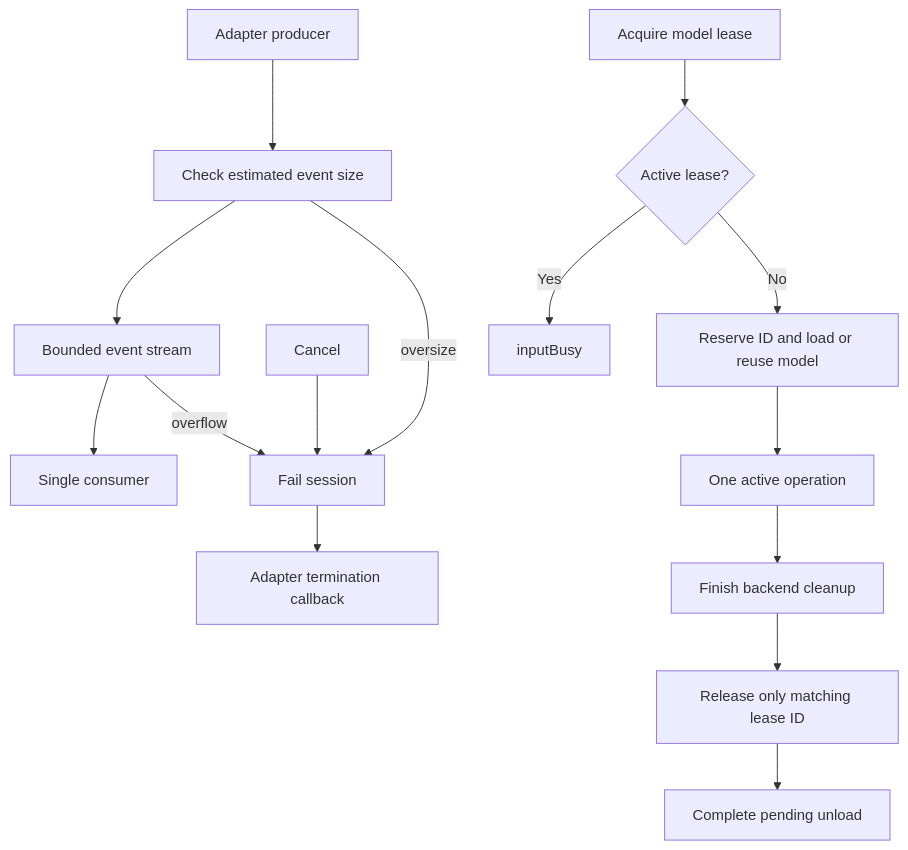
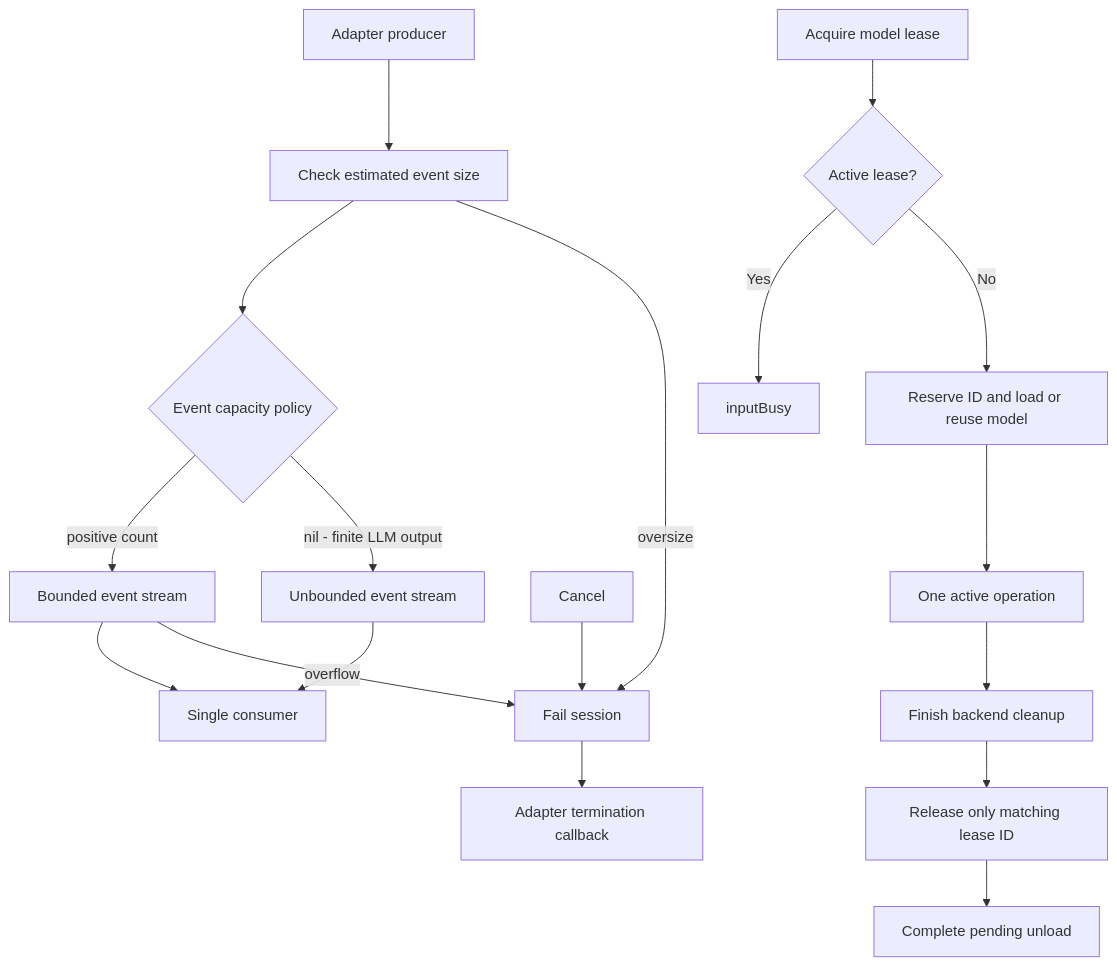
The diagram in MobileHarness/ModelKit/Core/README.md (devilyouwei/MobileHarness), drawn with Mermaid before and after one commit. The commit also changed other lines of this file and 109 other files, not shown here.

````diff
--- a/MobileHarness/ModelKit/Core/README.md
+++ b/MobileHarness/ModelKit/Core/README.md
@@ -18,17 +18,20 @@
 ```mermaid
 flowchart TD
     Producer[Adapter producer] --> Check[Check estimated event size]
-    Check --> Buffer[Bounded event stream]
+    Check --> Policy{Event capacity policy}
+    Policy -->|positive count| Buffer[Bounded event stream]
+    Policy -->|nil - finite LLM output| Chat[Unbounded event stream]
+    Chat --> Consumer
     Buffer --> Consumer[Single consumer]
     Check -->|oversize| Fail[Fail session]
     Buffer -->|overflow| Fail
     Cancel[Cancel] --> Fail
     Fail --> Cleanup[Adapter termination callback]
     Acquire[Acquire model lease] --> Busy{Active lease?}
     Busy -->|Yes| Reject[inputBusy]
     Busy -->|No| Load[Reserve ID and load or reuse model]
     Load --> Work[One active operation]
     Work --> CleanupLease[Finish backend cleanup]
     CleanupLease --> Release[Release only matching lease ID]
     Release --> Unload[Complete pending unload]
 ```
````
